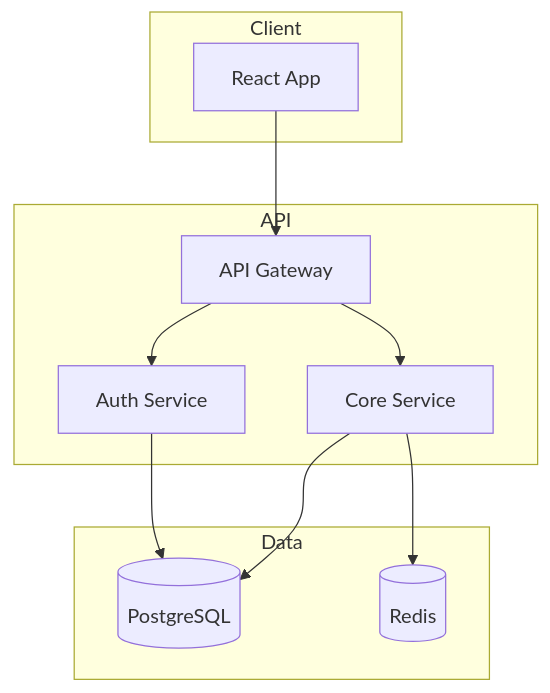
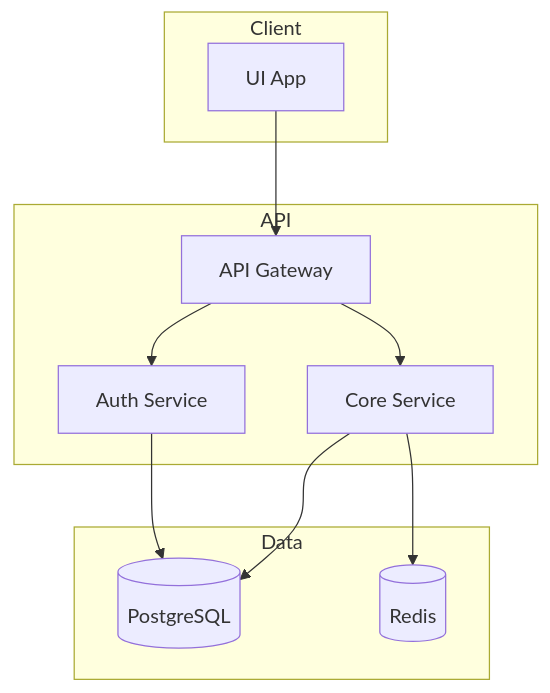
One commit to Lyther/agent-surface changed the first of 5 diagrams in commands/arch-diagram.md. Above: the diagram before and after it, drawn with Mermaid. The commit also changed other lines of this file and 3 other files, not shown here.

````diff
--- a/commands/arch-diagram.md
+++ b/commands/arch-diagram.md
@@ -47,24 +49,24 @@
 ```mermaid
 flowchart TB
     subgraph Client
-        UI[React App]
+        UI[UI App]
     end
 
     subgraph API
         GW[API Gateway]
         Auth[Auth Service]
         Core[Core Service]
     end
 
     subgraph Data
         DB[(PostgreSQL)]
         Cache[(Redis)]
     end
 
     UI --> GW
     GW --> Auth
     GW --> Core
     Auth --> DB
     Core --> DB
     Core --> Cache
 ```
````
